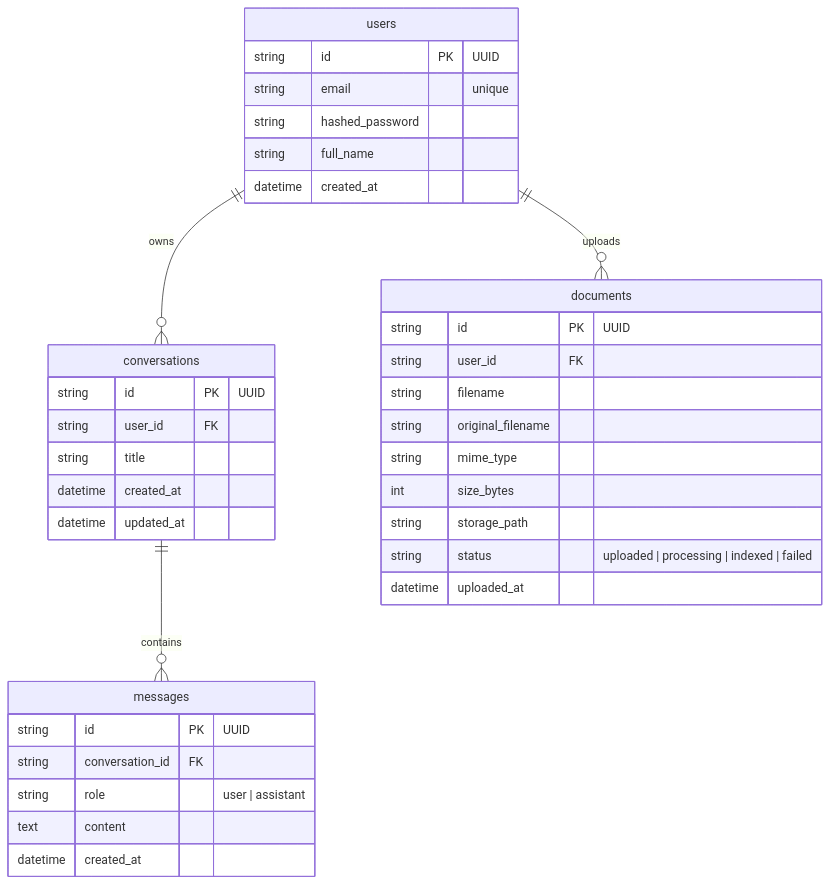
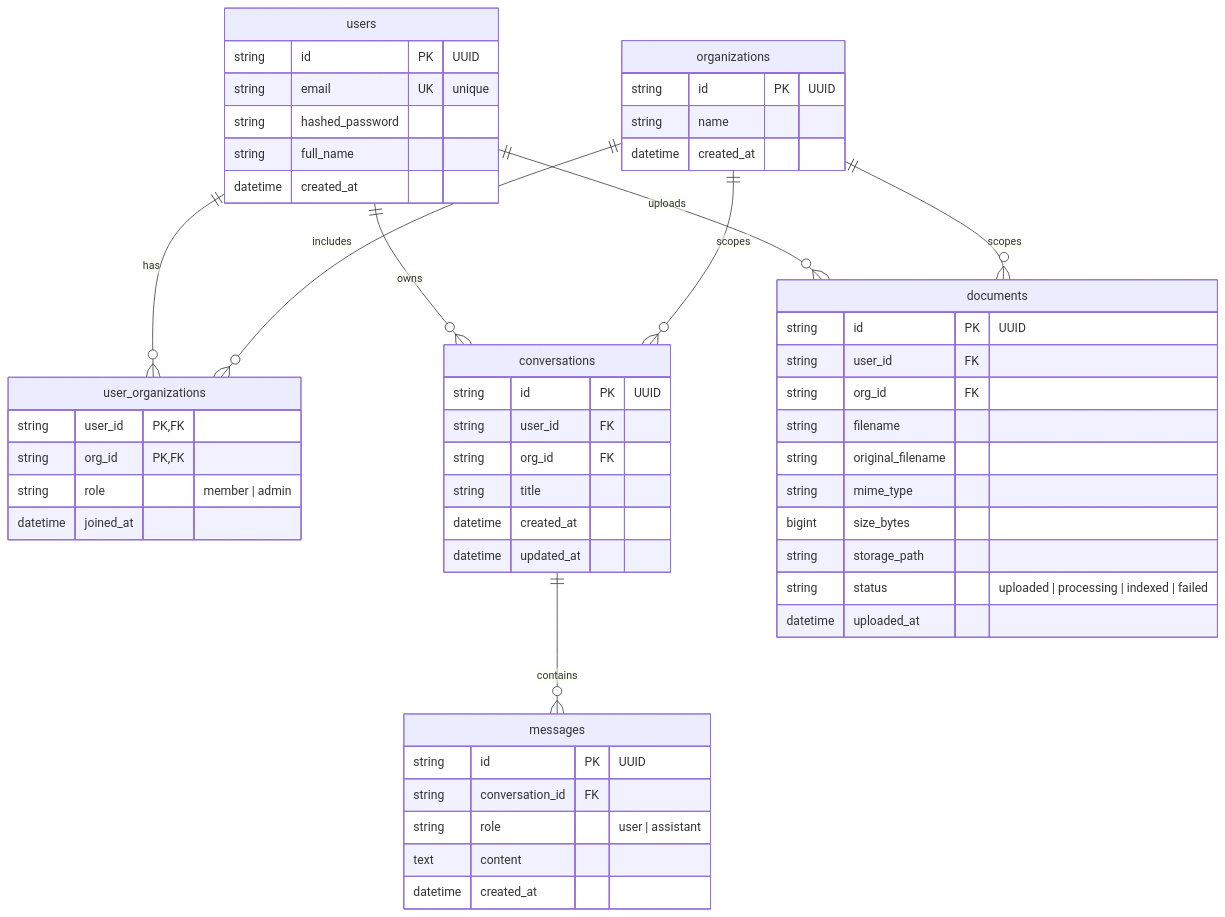
Before and after one commit to midu-01/AI-SUPPORT-DASHBOARD: the diagram in docs/schema.md, drawn with Mermaid. The commit also changed other lines of this file, not shown here.

Commit message:
feat: enhance database schema with organizations and user_organizations tables, update relationships and constraints

````diff
--- a/docs/schema.md
+++ b/docs/schema.md
@@ -5,42 +5,61 @@
 ```mermaid
 erDiagram
     users {
         string id PK "UUID"
-        string email "unique"
+        string email UK "unique"
         string hashed_password
         string full_name
         datetime created_at
     }
 
+    organizations {
+        string id PK "UUID"
+        string name
+        datetime created_at
+    }
+
+    user_organizations {
+        string user_id PK,FK
+        string org_id PK,FK
+        string role "member | admin"
+        datetime joined_at
+    }
+
     conversations {
         string id PK "UUID"
         string user_id FK
+        string org_id FK
         string title
         datetime created_at
         datetime updated_at
     }
 
     messages {
         string id PK "UUID"
         string conversation_id FK
         string role "user | assistant"
         text content
         datetime created_at
     }
 
     documents {
         string id PK "UUID"
         string user_id FK
+        string org_id FK
         string filename
         string original_filename
         string mime_type
-        int size_bytes
+        bigint size_bytes
         string storage_path
         string status "uploaded | processing | indexed | failed"
         datetime uploaded_at
     }
 
+    users ||--o{ user_organizations : has
+    organizations ||--o{ user_organizations : includes
     users ||--o{ conversations : owns
+    organizations ||--o{ conversations : scopes
+    conversations ||--o{ messages : contains
     users ||--o{ documents : uploads
-    conversations ||--o{ messages : contains
+    organizations ||--o{ documents : scopes
 ```
````
